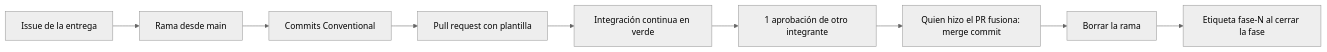
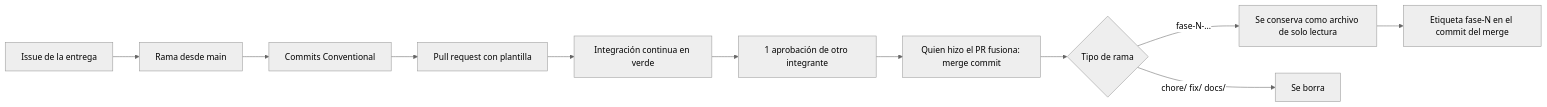
Before and after one commit to JUANGR12192004/sistema-itinerarios-personales: the diagram in CONTRIBUTING.md, drawn with Mermaid (neutral theme). The commit also changed other lines of this file and 2 other files, not shown here.

Commit message:
docs: registra las reglas del equipo sobre coautoría, ramas por fase y uso de Claude Code

````diff
--- a/CONTRIBUTING.md
+++ b/CONTRIBUTING.md
@@ -11,11 +11,13 @@
 ```mermaid
 flowchart LR
     I[Issue de la entrega] --> R[Rama desde main]
     R --> C[Commits Conventional]
     C --> P[Pull request con plantilla]
     P --> CI[Integración continua en verde]
     CI --> A[1 aprobación de otro integrante]
     A --> M[Quien hizo el PR fusiona: merge commit]
-    M --> B[Borrar la rama]
-    B --> T[Etiqueta fase-N al cerrar la fase]
+    M --> B{Tipo de rama}
+    B -->|fase-N-...| K[Se conserva como archivo de solo lectura]
+    B -->|chore/ fix/ docs/| D[Se borra]
+    K --> T[Etiqueta fase-N en el commit del merge]
 ```
````
